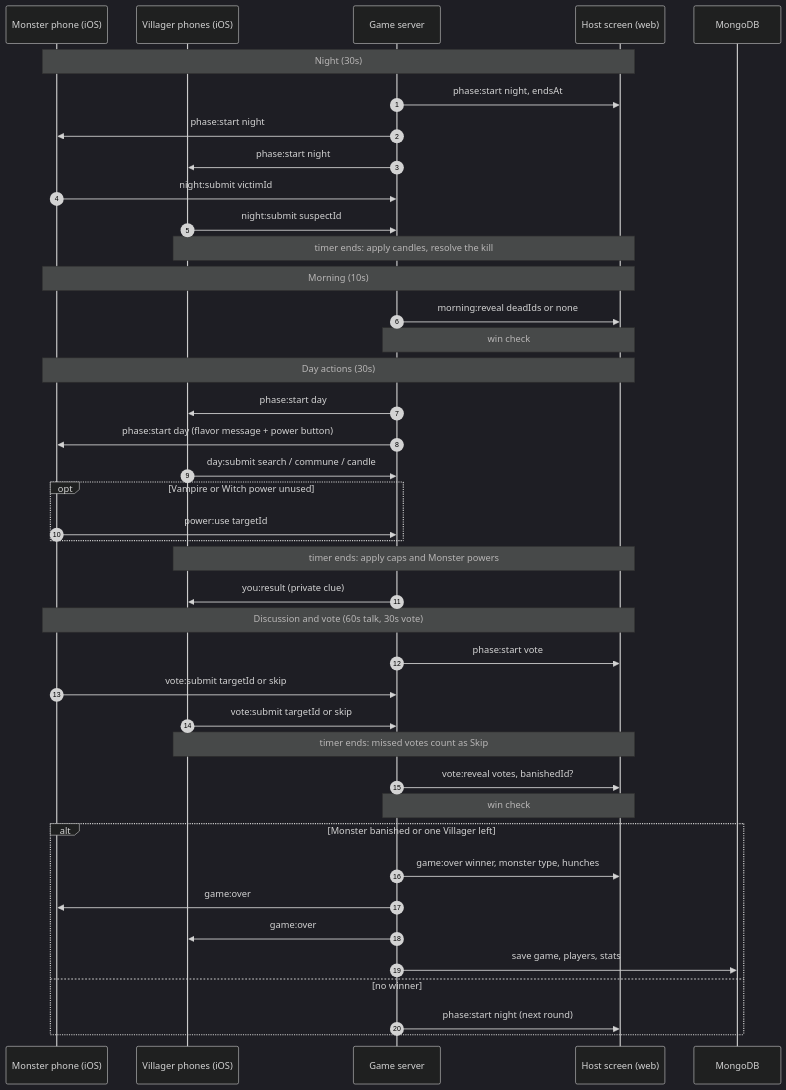
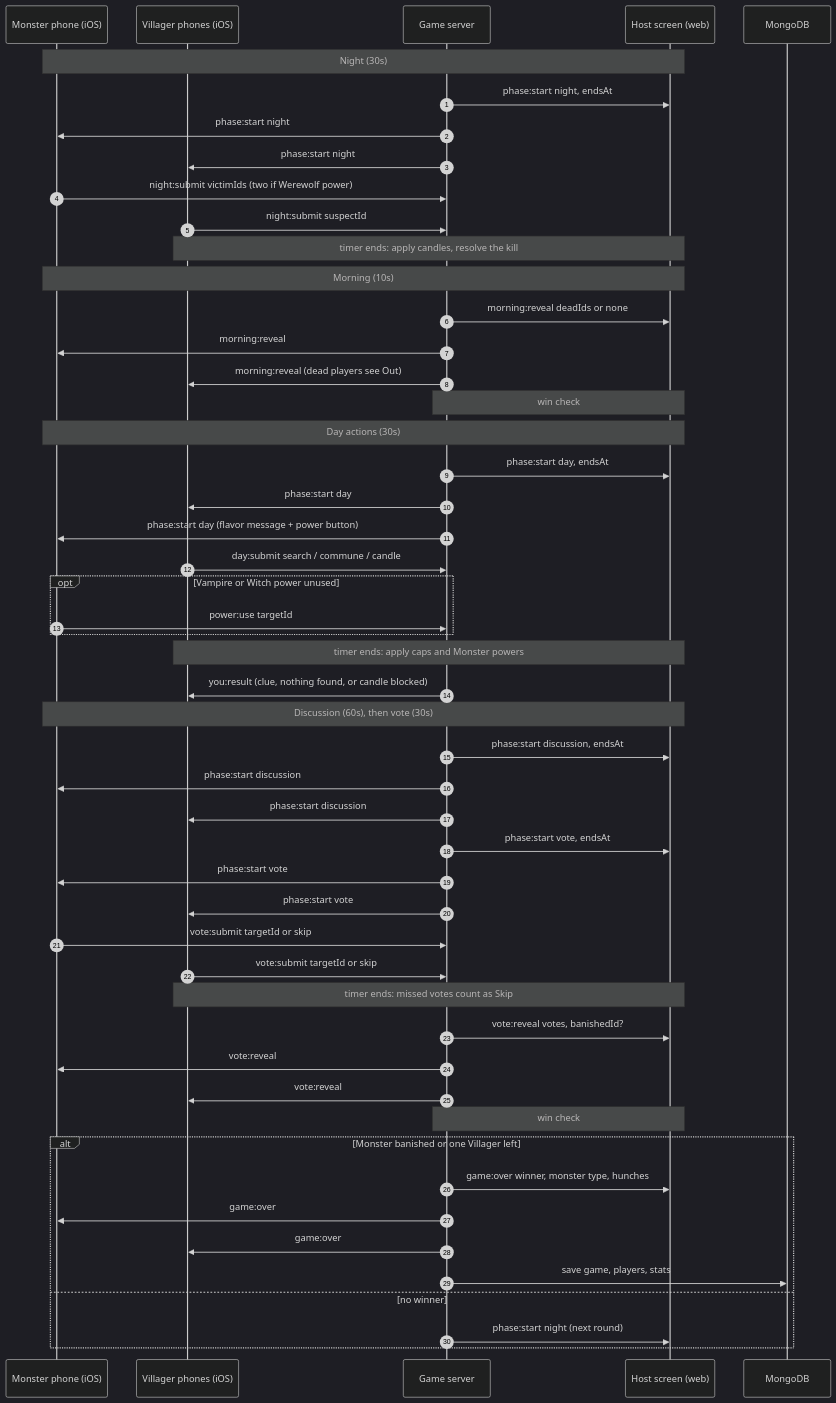
The diagram in resources/diagrams/sequence-round.mmd (ucfdevs/teraphobia), drawn with Mermaid (dark theme) before and after one commit. The commit also changed 1 other file, not shown here.

Commit message:
fix phase and reveal events in round sequence diagram

```diff
--- a/resources/diagrams/sequence-round.mmd
+++ b/resources/diagrams/sequence-round.mmd
@@ -1,46 +1,56 @@
 sequenceDiagram
     autonumber
     participant M as Monster phone (iOS)
     participant V as Villager phones (iOS)
     participant S as Game server
     participant W as Host screen (web)
     participant DB as MongoDB
 
     Note over M,W: Night (30s)
     S->>W: phase:start night, endsAt
     S->>M: phase:start night
     S->>V: phase:start night
-    M->>S: night:submit victimId
+    M->>S: night:submit victimIds (two if Werewolf power)
     V->>S: night:submit suspectId
     Note over V,W: timer ends: apply candles, resolve the kill
 
     Note over M,W: Morning (10s)
     S->>W: morning:reveal deadIds or none
+    S->>M: morning:reveal
+    S->>V: morning:reveal (dead players see Out)
     Note over S,W: win check
 
     Note over M,W: Day actions (30s)
+    S->>W: phase:start day, endsAt
     S->>V: phase:start day
     S->>M: phase:start day (flavor message + power button)
     V->>S: day:submit search / commune / candle
     opt Vampire or Witch power unused
         M->>S: power:use targetId
     end
     Note over V,W: timer ends: apply caps and Monster powers
-    S->>V: you:result (private clue)
+    S->>V: you:result (clue, nothing found, or candle blocked)
 
-    Note over M,W: Discussion and vote (60s talk, 30s vote)
-    S->>W: phase:start vote
+    Note over M,W: Discussion (60s), then vote (30s)
+    S->>W: phase:start discussion, endsAt
+    S->>M: phase:start discussion
+    S->>V: phase:start discussion
+    S->>W: phase:start vote, endsAt
+    S->>M: phase:start vote
+    S->>V: phase:start vote
     M->>S: vote:submit targetId or skip
     V->>S: vote:submit targetId or skip
     Note over V,W: timer ends: missed votes count as Skip
     S->>W: vote:reveal votes, banishedId?
+    S->>M: vote:reveal
+    S->>V: vote:reveal
     Note over S,W: win check
 
     alt Monster banished or one Villager left
         S->>W: game:over winner, monster type, hunches
         S->>M: game:over
         S->>V: game:over
         S->>DB: save game, players, stats
     else no winner
         S->>W: phase:start night (next round)
     end
```
